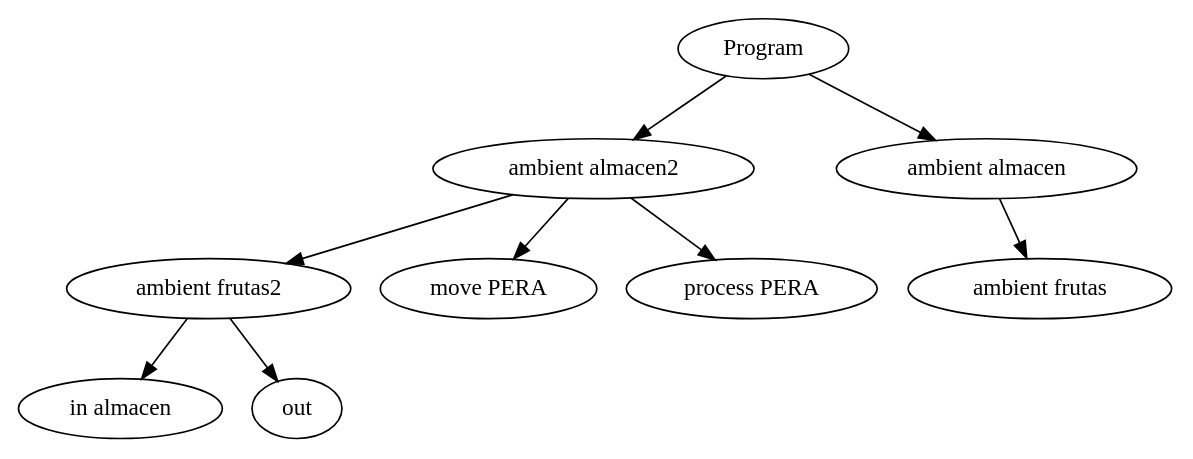
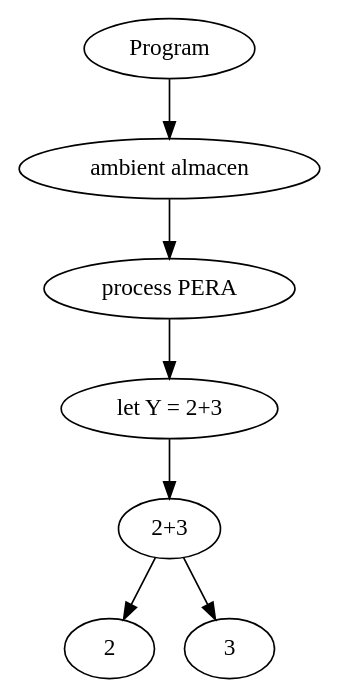
Before and after one commit to Sebas03446/AmbientCalculusLanguage: the diagram in ast.dot, drawn with Graphviz. The commit also changed 11 other files, not shown here.

```diff
--- a/ast.dot
+++ b/ast.dot
@@ -1,19 +1,15 @@
 digraph G {
   node0 [label="Program"];
-  node1 [label="ambient almacen2"];
-  node2 [label="ambient frutas2"];
-  node3 [label="in almacen"];
-  node4 [label="out"];
-  node5 [label="move PERA"];
-  node6 [label="process PERA"];
-  node7 [label="ambient almacen"];
-  node8 [label="ambient frutas"];
+  node1 [label="ambient almacen"];
+  node2 [label="process PERA"];
+  node3 [label="let Y = 2+3"];
+  node4 [label="2+3"];
+  node5 [label="2"];
+  node6 [label="3"];
   node0 -> node1;
   node1 -> node2;
   node2 -> node3;
-  node2 -> node4;
-  node1 -> node5;
-  node1 -> node6;
-  node0 -> node7;
-  node7 -> node8;
+  node3 -> node4;
+  node4 -> node5;
+  node4 -> node6;
 }
```
